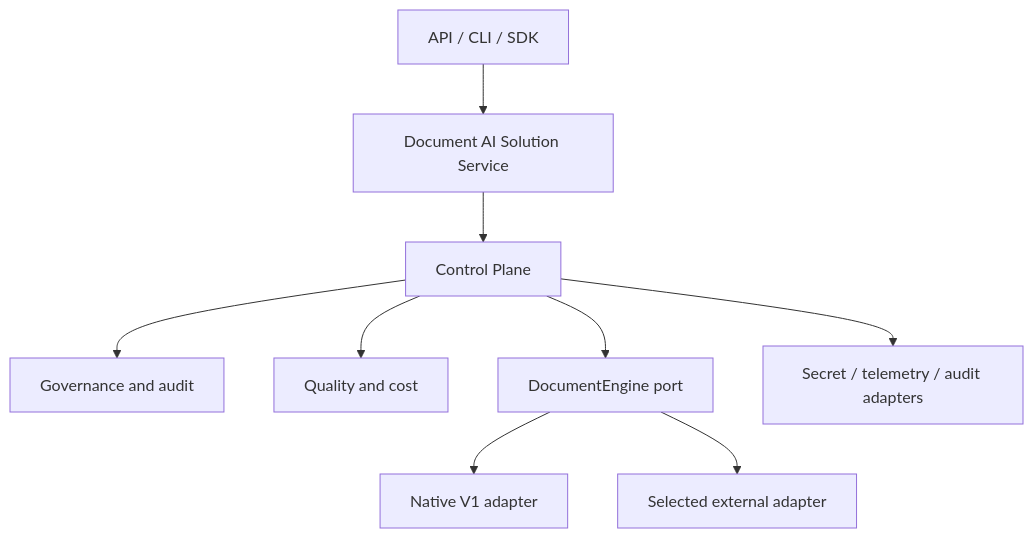
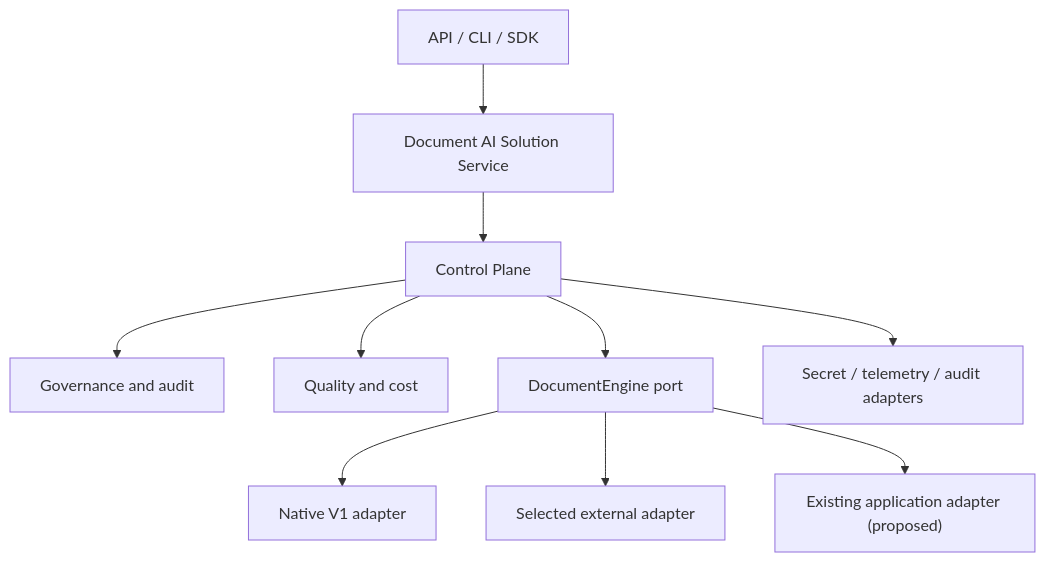
One commit to HerbertGourout/modular-rag-framework changed the diagram in docs/refactoring-plan.md. Above: the diagram before and after it, drawn with Mermaid. The commit also changed other lines of this file and 52 other files, not shown here.

````diff
--- a/docs/refactoring-plan.md
+++ b/docs/refactoring-plan.md
@@ -167,11 +172,12 @@
 ```mermaid
 flowchart TB
     Interfaces["API / CLI / SDK"] --> Service["Document AI Solution Service"]
     Service --> Control["Control Plane"]
     Control --> Governance["Governance and audit"]
     Control --> Quality["Quality and cost"]
     Control --> Engine["DocumentEngine port"]
     Engine --> Native["Native V1 adapter"]
     Engine --> External["Selected external adapter"]
+    Engine --> Existing["Existing application adapter (proposed)"]
     Control --> Infra["Secret / telemetry / audit adapters"]
 ```
````
